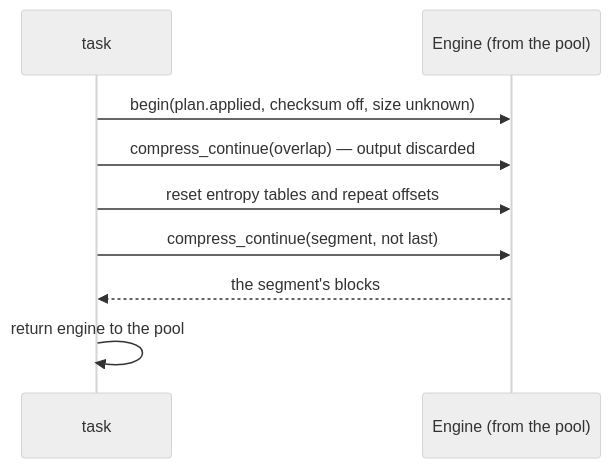
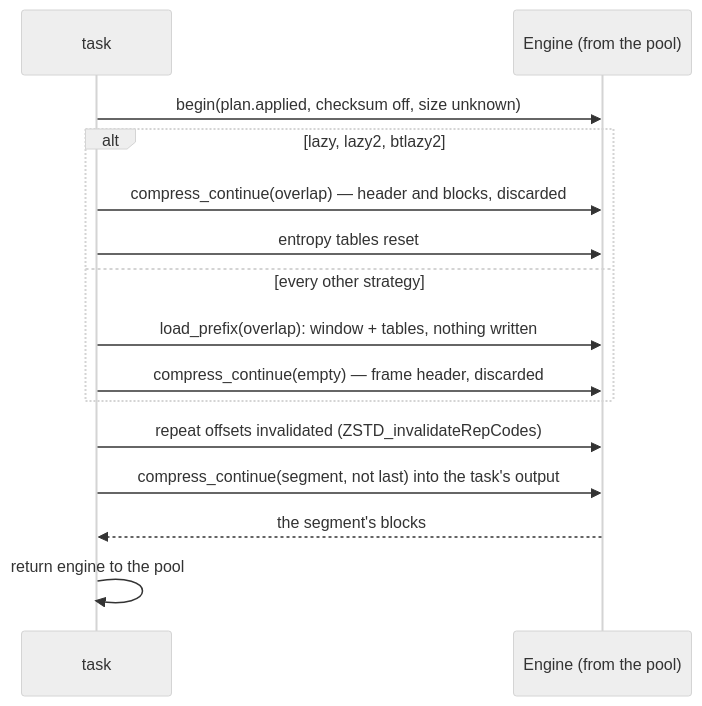
One commit to M-Compressors/mzstd changed the third of 9 diagrams in architecture/parallel-compression.md. Above: the diagram before and after it, drawn with Mermaid (neutral theme). The commit also changed other lines of this file and 106 other files, not shown here.

````diff
--- a/architecture/parallel-compression.md
+++ b/architecture/parallel-compression.md
@@ -57,11 +57,17 @@
 ```mermaid
 sequenceDiagram
     participant T as task
     participant E as Engine (from the pool)
     T->>E: begin(plan.applied, checksum off, size unknown)
-    T->>E: compress_continue(overlap) — output discarded
-    T->>E: reset entropy tables and repeat offsets
-    T->>E: compress_continue(segment, not last)
+    alt lazy, lazy2, btlazy2
+        T->>E: compress_continue(overlap) — header and blocks, discarded
+        T->>E: entropy tables reset
+    else every other strategy
+        T->>E: load_prefix(overlap): window + tables, nothing written
+        T->>E: compress_continue(empty) — frame header, discarded
+    end
+    T->>E: repeat offsets invalidated (ZSTD_invalidateRepCodes)
+    T->>E: compress_continue(segment, not last) into the task's output
     E-->>T: the segment's blocks
     T->>T: return engine to the pool
 ```
````
